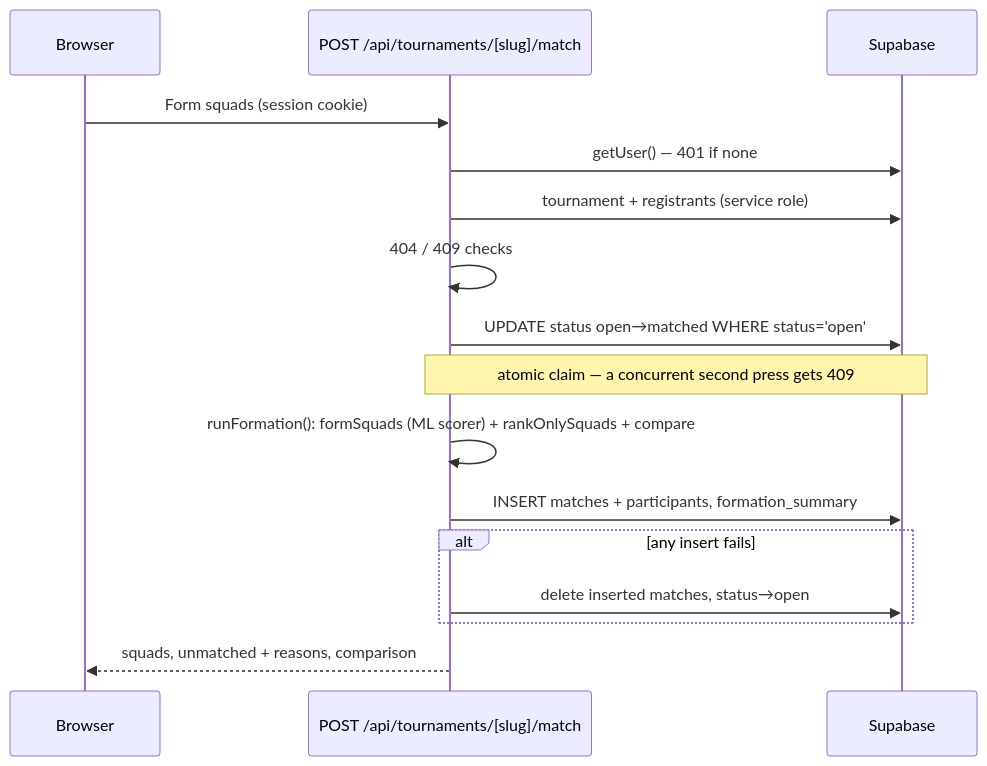
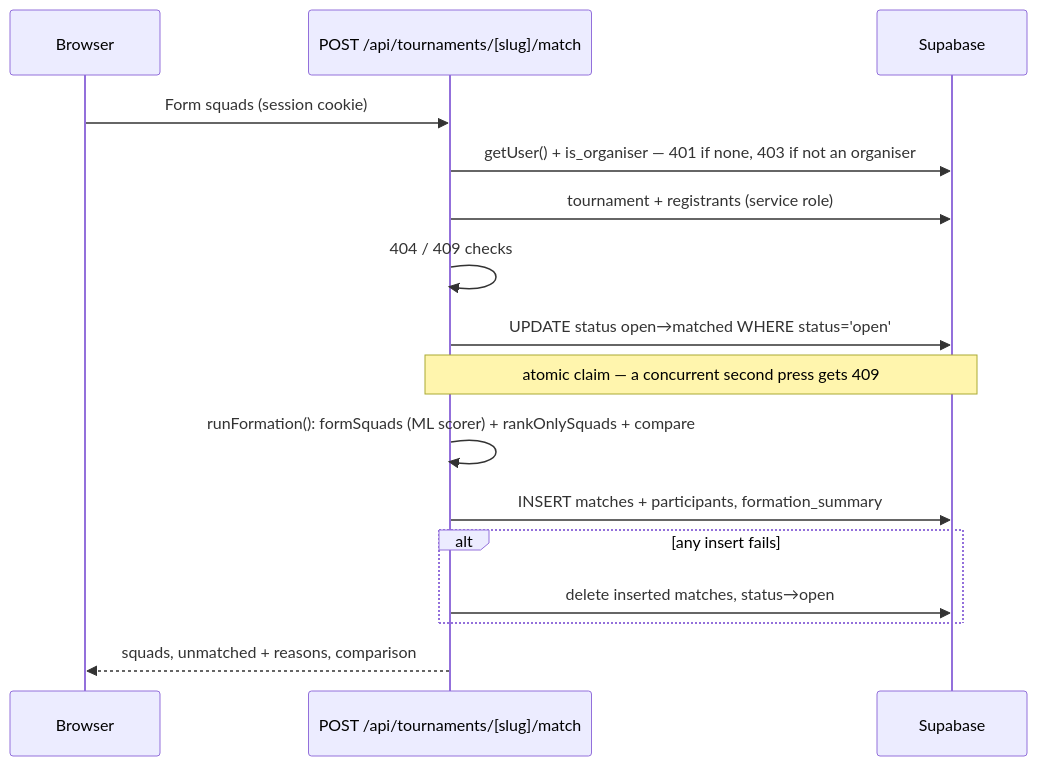
Before and after one commit to abhigrajput/bgmi-match-makingsystem: the second of 2 diagrams in docs/architecture.md, drawn with Mermaid. The commit also changed other lines of this file and 23 other files, not shown here.

````diff
--- a/docs/architecture.md
+++ b/docs/architecture.md
@@ -93,18 +94,18 @@
 ```mermaid
 sequenceDiagram
     participant U as Browser
     participant R as POST /api/tournaments/[slug]/match
     participant DB as Supabase
     U->>R: Form squads (session cookie)
-    R->>DB: getUser() — 401 if none
+    R->>DB: getUser() + is_organiser — 401 if none, 403 if not an organiser
     R->>DB: tournament + registrants (service role)
     R->>R: 404 / 409 checks
     R->>DB: UPDATE status open→matched WHERE status='open'
     Note over R,DB: atomic claim — a concurrent second press gets 409
     R->>R: runFormation(): formSquads (ML scorer) + rankOnlySquads + compare
     R->>DB: INSERT matches + participants, formation_summary
     alt any insert fails
         R->>DB: delete inserted matches, status→open
     end
     R-->>U: squads, unmatched + reasons, comparison
 ```
````
